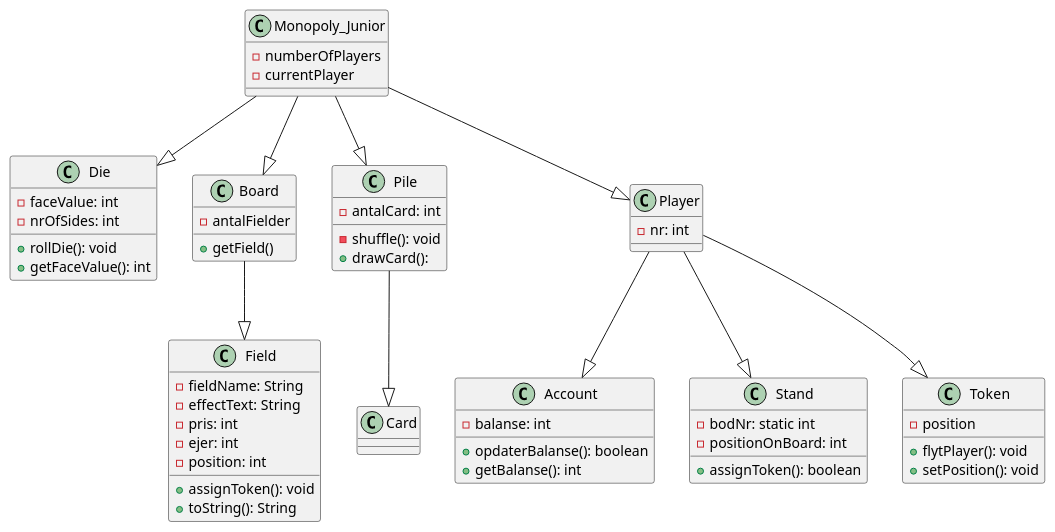
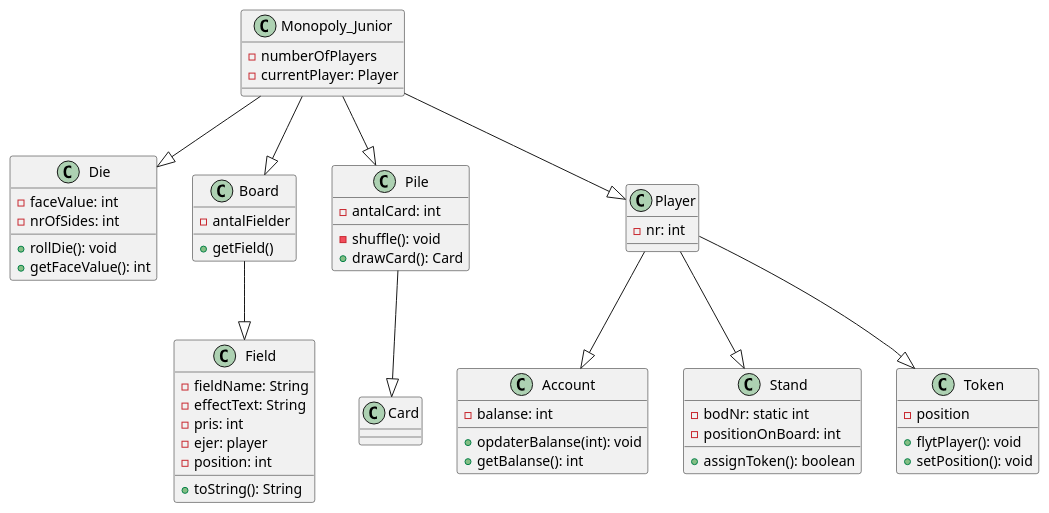
Before and after one commit to Greve2001/CDIO3: the diagram in diagrams/Design klasse diagram.puml, drawn with PlantUML.

Commit message:
opdateret klassediagram

```diff
--- a/diagrams/Design klasse diagram.puml
+++ b/diagrams/Design klasse diagram.puml
@@ -1,93 +1,92 @@
 @startuml
 'https://plantuml.com/class-diagram
 
 class "Monopoly_Junior" as Game
 class Die
 class Board
 class Field
 class Pile
 class Card
 class Player
 class Account
 class Stand
 class Token
 
 Game --|> Die
 Game --|> Pile
 Game --|> Player
 Game --|> Board
 Board --|> Field
 Player --|> Stand
 Player --|> Account
 Player --|> Token
 Pile --|> Card
 
 class Game {
     -numberOfPlayers
-    -currentPlayer
+    -currentPlayer: Player
 }
 
 class Die {
     -faceValue: int
     -nrOfSides: int
     +rollDie(): void
     +getFaceValue(): int
 }
 
 class Board {
     -antalFielder
     +getField()
 }
 
 class Field {
     -fieldName: String
     -effectText: String
     -pris: int
-    -ejer: int
+    -ejer: player
     -position: int
 
-    +assignToken(): void
     +toString(): String
 
 }
 
 class Card {
 
 }
 
 'opdaterBalanse() er lavet som boolean, for at kunne returnere hvis en Player går bankerot'
 class Account {
     -balanse: int
-    +opdaterBalanse(): boolean
+    +opdaterBalanse(int): void
     +getBalanse(): int
 }
 
 class Pile {
     -antalCard: int
     -shuffle(): void
-    +drawCard():
+    +drawCard(): Card
 
 }
 
 class Player {
     -nr: int
 }
 
 class Token {
     -position
     +flytPlayer(): void
     +setPosition(): void
 }
 
 'assignToken er lavet som boolean return i tilfælde af at der ikke er flere tokens'
 class Stand {
     -bodNr: static int
     -positionOnBoard: int
     +assignToken(): boolean
 }
 
 
 
 
 
 @enduml
```
